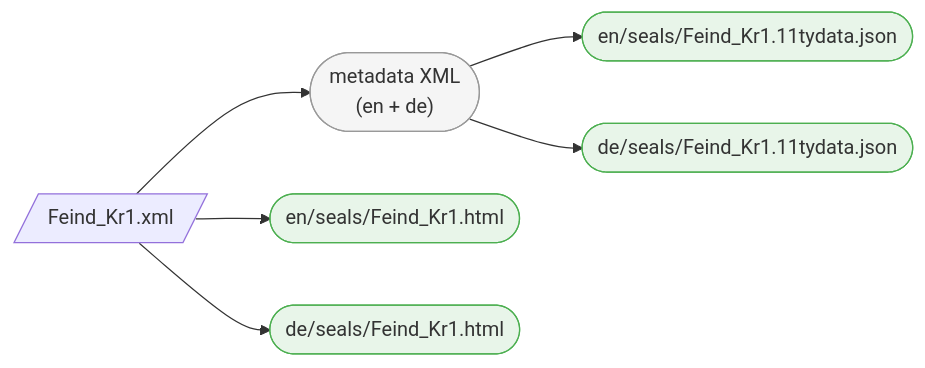
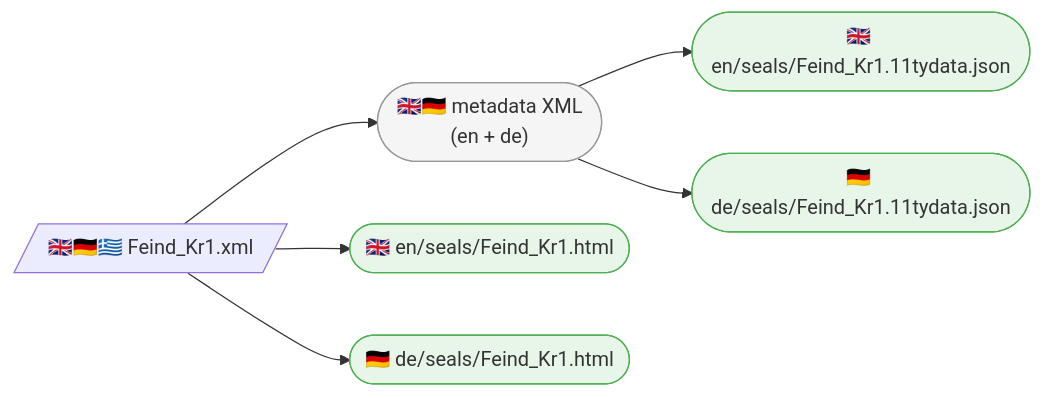
Before and after one commit to olvidalo/efes-ng-prototype: the first of 4 diagrams in docs/tutorial/multi-language.md, drawn with Mermaid. The commit also changed other lines of this file and 113 other files, not shown here.

````diff
--- a/docs/tutorial/multi-language.md
+++ b/docs/tutorial/multi-language.md
@@ -142,21 +173,21 @@
 ```mermaid
 flowchart LR
-    src[/"Feind_Kr1.xml"/]
-    meta(["metadata XML\n(en + de)"])
-    html_en(["en/seals/Feind_Kr1.html"])
-    html_de(["de/seals/Feind_Kr1.html"])
-    json_en(["en/seals/Feind_Kr1.11tydata.json"])
-    json_de(["de/seals/Feind_Kr1.11tydata.json"])
+    src[/"🇬🇧🇩🇪🇬🇷 Feind_Kr1.xml"/]
+    meta(["🇬🇧🇩🇪 metadata XML\n(en + de)"])
+    html_en(["🇬🇧 en/seals/Feind_Kr1.html"])
+    html_de(["🇩🇪 de/seals/Feind_Kr1.html"])
+    json_en(["🇬🇧 en/seals/Feind_Kr1.11tydata.json"])
+    json_de(["🇩🇪 de/seals/Feind_Kr1.11tydata.json"])
 
     src --> meta
     src --> html_en
     src --> html_de
     meta --> json_en
     meta --> json_de
 
     style html_en fill:#e8f5e9,stroke:#4caf50
     style html_de fill:#e8f5e9,stroke:#4caf50
     style json_en fill:#e8f5e9,stroke:#4caf50
     style json_de fill:#e8f5e9,stroke:#4caf50
     style meta fill:#f5f5f5,stroke:#999
 ```
````
